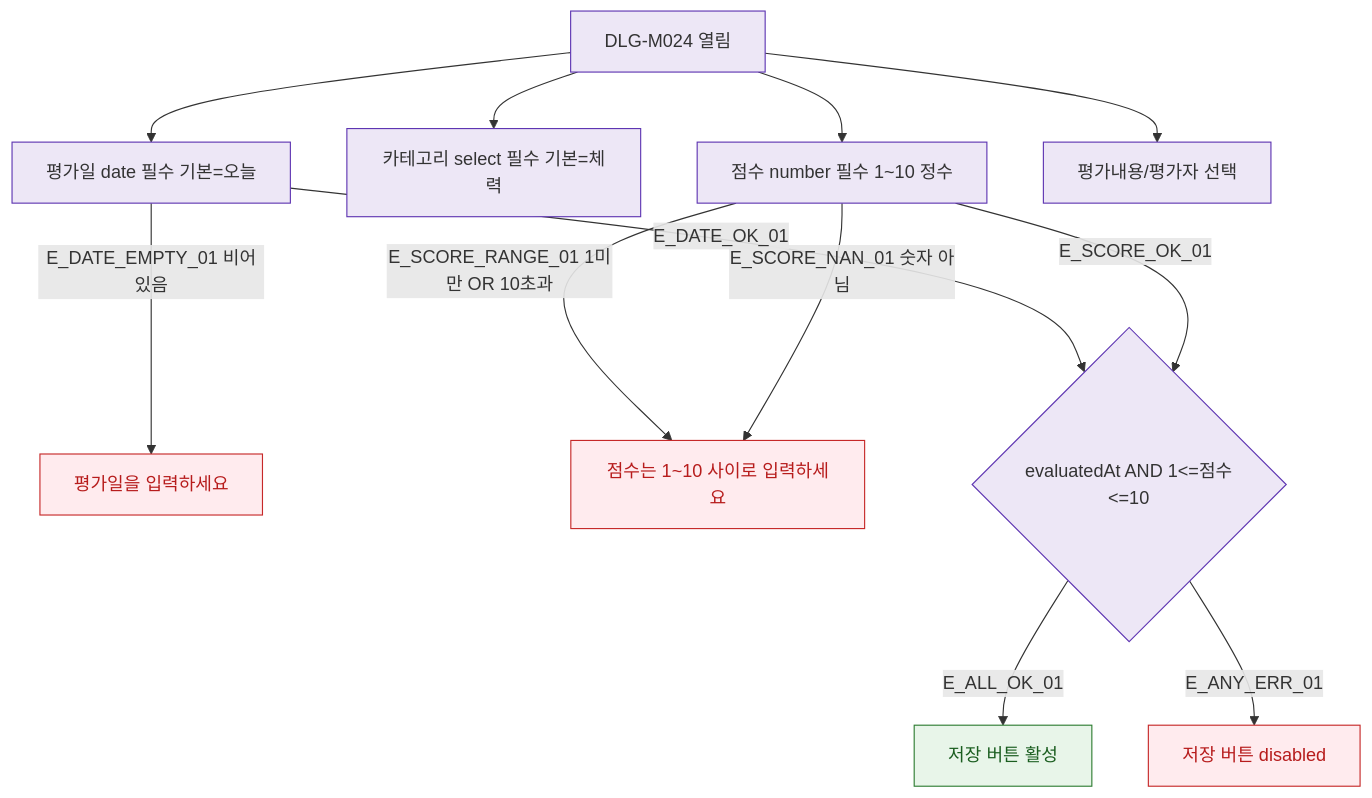
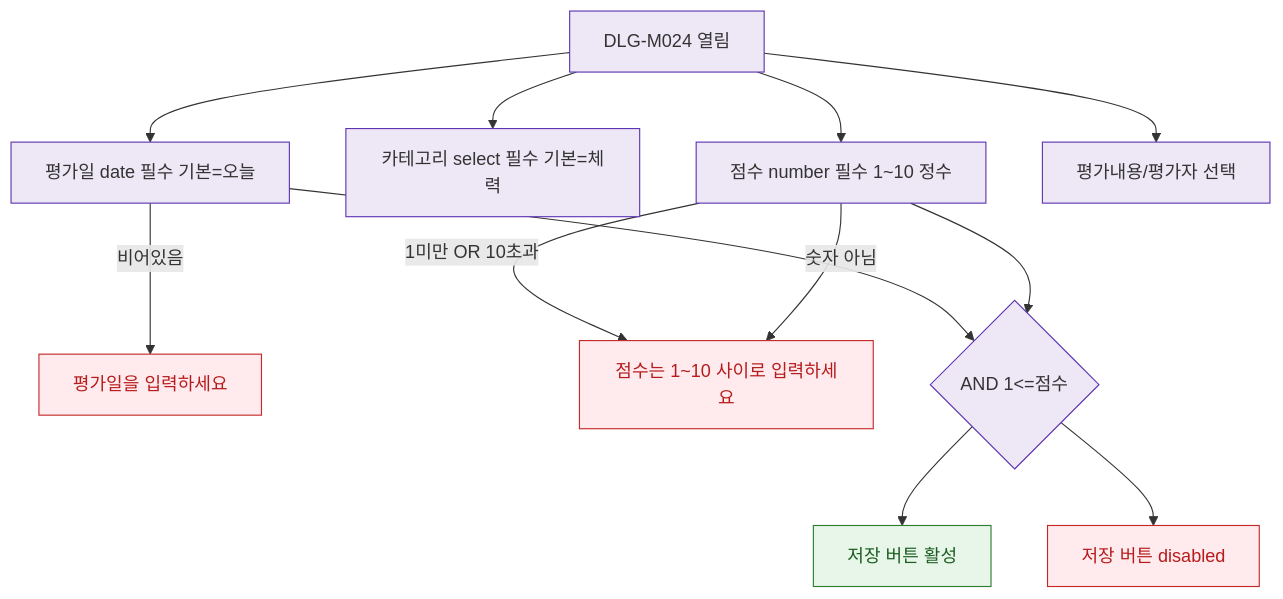
One commit to dev-spogym/admin-pando changed the diagram in docs/다이어그램/D02_회원관리/DLG/DLG-M024_종합평가등록/M2_필드검증.md. Above: the diagram before and after it, drawn with Mermaid. The commit also changed other lines of this file and 1660 other files, not shown here.

First line of the commit message:
다이어그램: 기획자/클라이언트 납품본으로 정리

````diff
--- a/docs/다이어그램/D02_회원관리/DLG/DLG-M024_종합평가등록/M2_필드검증.md
+++ b/docs/다이어그램/D02_회원관리/DLG/DLG-M024_종합평가등록/M2_필드검증.md
@@ -22,27 +20,27 @@
 ```mermaid
 flowchart TD
   DLG[DLG-M024 열림]
 
   DLG --> FLD_DATE[평가일 date 필수 기본=오늘]
   DLG --> FLD_CAT[카테고리 select 필수 기본=체력]
   DLG --> FLD_SCORE[점수 number 필수 1~10 정수]
   DLG --> FLD_OPT[평가내용/평가자 선택]
 
-  FLD_DATE  -->|E_DATE_EMPTY_01 비어있음| ERR_DATE[평가일을 입력하세요]
-  FLD_SCORE -->|E_SCORE_RANGE_01 1미만 OR 10초과| ERR_SCORE[점수는 1~10 사이로 입력하세요]
-  FLD_SCORE -->|E_SCORE_NAN_01 숫자 아님| ERR_SCORE
+  FLD_DATE -->|비어있음|ERR_DATE[평가일을 입력하세요]
+  FLD_SCORE -->|1미만 OR 10초과|ERR_SCORE[점수는 1~10 사이로 입력하세요]
+  FLD_SCORE -->|숫자 아님|ERR_SCORE
 
-  FLD_DATE  -->|E_DATE_OK_01| CHECK_ALL{evaluatedAt AND 1<=점수<=10}
-  FLD_SCORE -->|E_SCORE_OK_01| CHECK_ALL
+  FLD_DATE --> CHECK_ALL{AND 1<=점수}
+  FLD_SCORE --> CHECK_ALL
 
-  CHECK_ALL -->|E_ALL_OK_01| BTN_ACTIVE[저장 버튼 활성]
-  CHECK_ALL -->|E_ANY_ERR_01| BTN_DISABLED[저장 버튼 disabled]
+  CHECK_ALL --> BTN_ACTIVE[저장 버튼 활성]
+  CHECK_ALL --> BTN_DISABLED[저장 버튼 disabled]
 
-  classDef system  fill:#EDE7F6,stroke:#5E35B2
+  classDef system fill:#EDE7F6,stroke:#5E35B2
   classDef success fill:#E8F5E9,stroke:#2E7D32,color:#1B5E20
-  classDef error   fill:#FFEBEE,stroke:#C62828,color:#B71C1C
+  classDef error fill:#FFEBEE,stroke:#C62828,color:#B71C1C
 
   class DLG,FLD_DATE,FLD_CAT,FLD_SCORE,FLD_OPT,CHECK_ALL system
   class BTN_ACTIVE success
   class ERR_DATE,ERR_SCORE,BTN_DISABLED error
 ```
````
